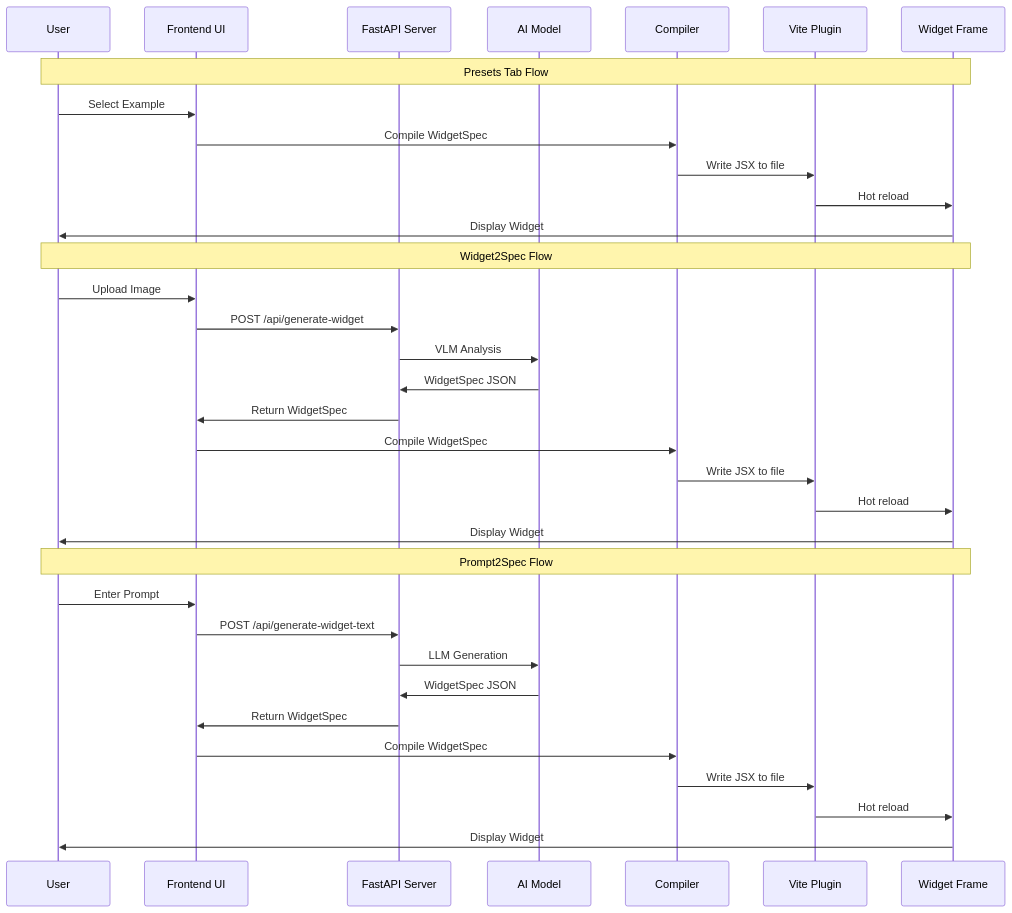
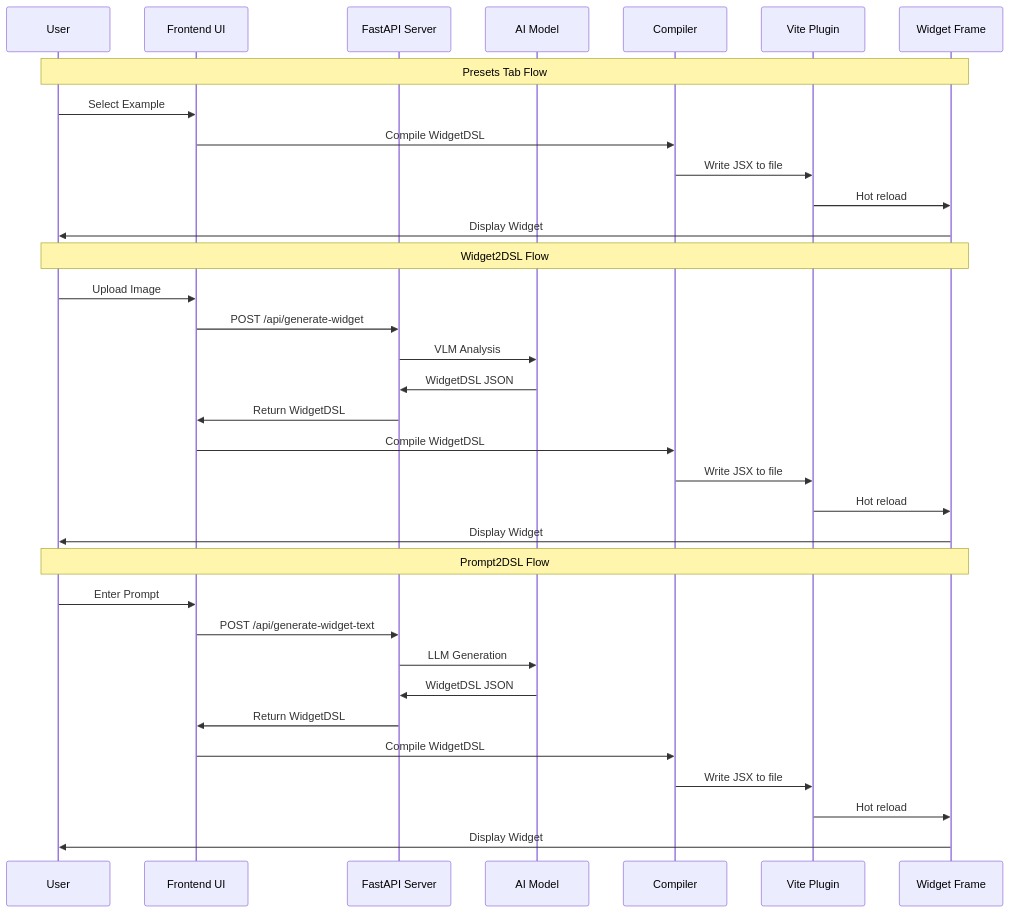
One commit to Djanghao/widget2code changed the second of 4 diagrams in apps/playground/architecture.md. Above: the diagram before and after it, drawn with Mermaid. The commit also changed other lines of this file and 29 other files, not shown here.

Commit message:
refactor: rename WidgetSpec to WidgetDSL across codebase

````diff
--- a/apps/playground/architecture.md
+++ b/apps/playground/architecture.md
@@ -83,39 +83,39 @@
 ```mermaid
 sequenceDiagram
     participant User
     participant UI as Frontend UI
     participant API as FastAPI Server
     participant AI as AI Model
     participant Compiler as Compiler
     participant Vite as Vite Plugin
     participant Frame as Widget Frame
 
     Note over User,Frame: Presets Tab Flow
     User->>UI: Select Example
-    UI->>Compiler: Compile WidgetSpec
+    UI->>Compiler: Compile WidgetDSL
     Compiler->>Vite: Write JSX to file
     Vite->>Frame: Hot reload
     Frame->>User: Display Widget
 
-    Note over User,Frame: Widget2Spec Flow
+    Note over User,Frame: Widget2DSL Flow
     User->>UI: Upload Image
     UI->>API: POST /api/generate-widget
     API->>AI: VLM Analysis
-    AI->>API: WidgetSpec JSON
-    API->>UI: Return WidgetSpec
-    UI->>Compiler: Compile WidgetSpec
+    AI->>API: WidgetDSL JSON
+    API->>UI: Return WidgetDSL
+    UI->>Compiler: Compile WidgetDSL
     Compiler->>Vite: Write JSX to file
     Vite->>Frame: Hot reload
     Frame->>User: Display Widget
 
-    Note over User,Frame: Prompt2Spec Flow
+    Note over User,Frame: Prompt2DSL Flow
     User->>UI: Enter Prompt
     UI->>API: POST /api/generate-widget-text
     API->>AI: LLM Generation
-    AI->>API: WidgetSpec JSON
-    API->>UI: Return WidgetSpec
-    UI->>Compiler: Compile WidgetSpec
+    AI->>API: WidgetDSL JSON
+    API->>UI: Return WidgetDSL
+    UI->>Compiler: Compile WidgetDSL
     Compiler->>Vite: Write JSX to file
     Vite->>Frame: Hot reload
     Frame->>User: Display Widget
 ```
````
